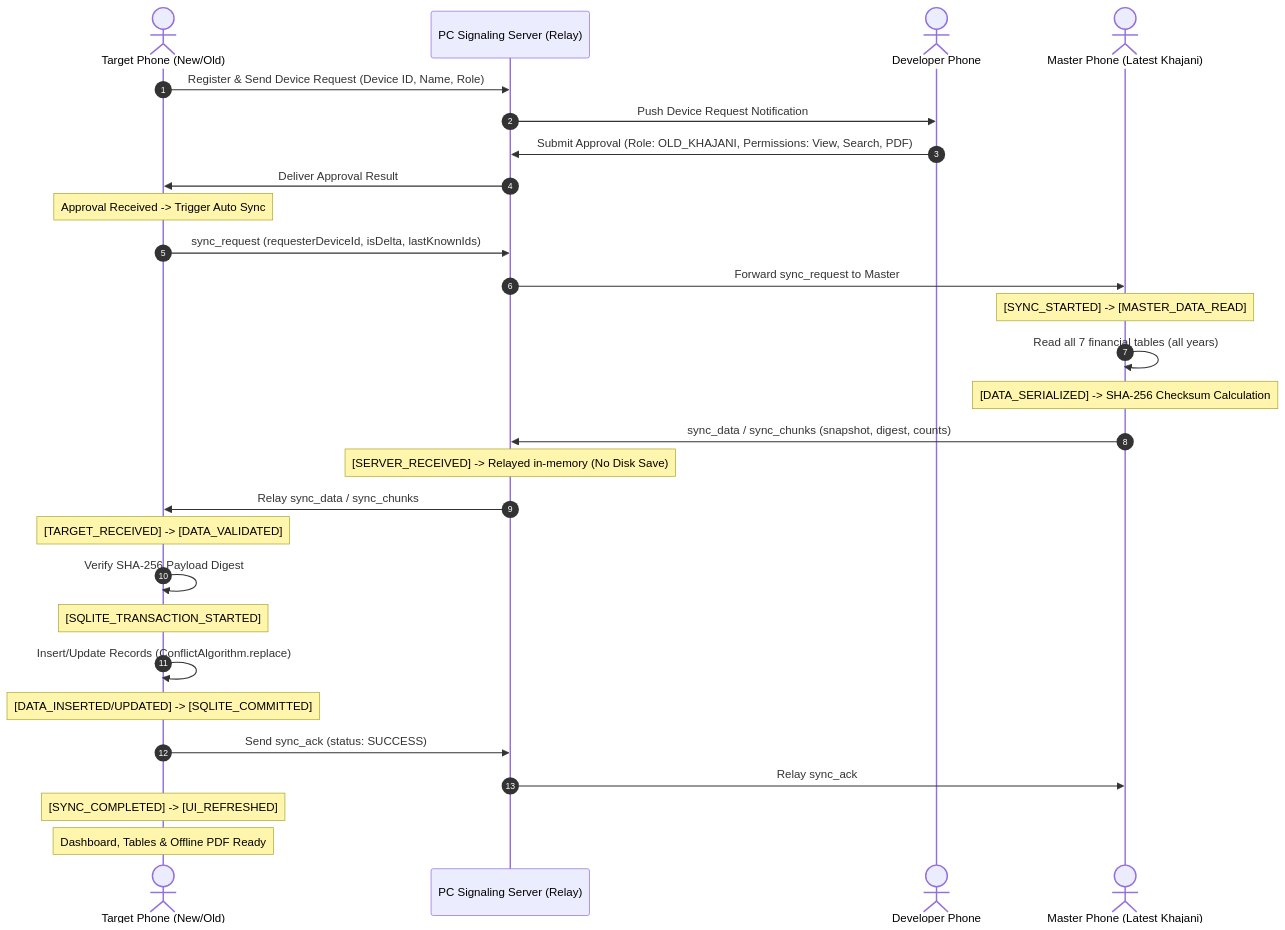
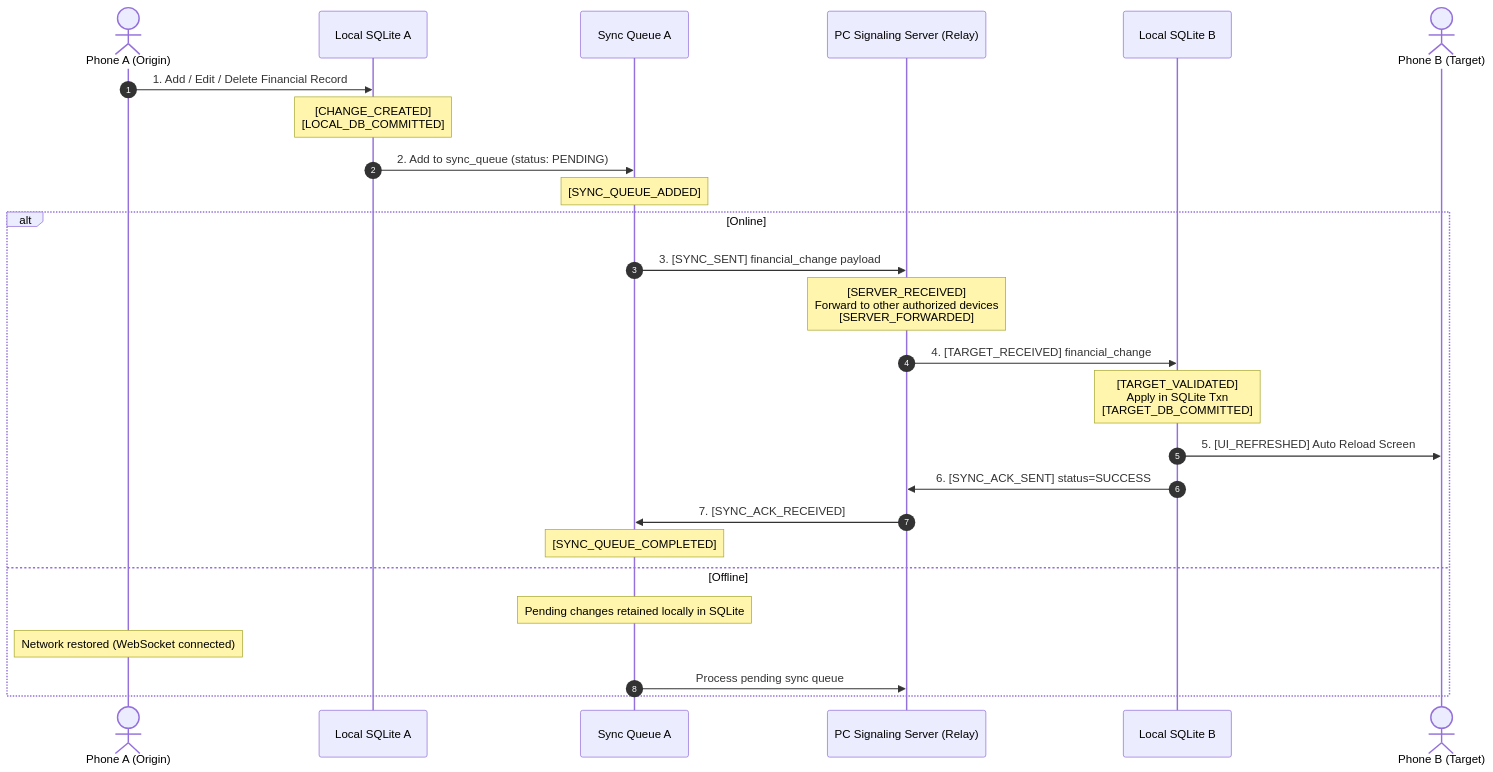
One commit to Sp-4030/Mandal-Management-App changed the third of 4 diagrams in README.md. Above: the diagram before and after it, drawn with Mermaid. The commit also changed other lines of this file and 12 other files, not shown here.

Commit message:
Implement two-way real-time and offline-first financial data synchronization across all authorized devices

````diff
--- a/README.md
+++ b/README.md
@@ -146,36 +127,30 @@
 ```mermaid
 sequenceDiagram
     autonumber
-    actor Target as Target Phone (New/Old)
+    actor UserA as Phone A (Origin)
+    participant DbA as Local SQLite A
+    participant QueueA as Sync Queue A
     participant Relay as PC Signaling Server (Relay)
-    actor Dev as Developer Phone
-    actor Master as Master Phone (Latest Khajani)
+    participant DbB as Local SQLite B
+    actor UserB as Phone B (Target)
 
-    %% Step 1: Device Approval
-    Target->>Relay: Register & Send Device Request (Device ID, Name, Role)
-    Relay->>Dev: Push Device Request Notification
-    Dev->>Relay: Submit Approval (Role: OLD_KHAJANI, Permissions: View, Search, PDF)
-    Relay->>Target: Deliver Approval Result
+    UserA->>DbA: 1. Add / Edit / Delete Financial Record
+    Note over DbA: [CHANGE_CREATED]<br/>[LOCAL_DB_COMMITTED]
+    DbA->>QueueA: 2. Add to sync_queue (status: PENDING)
+    Note over QueueA: [SYNC_QUEUE_ADDED]
 
-    %% Step 2: Financial Sync
-    Note over Target: Approval Received -> Trigger Auto Sync
-    Target->>Relay: sync_request (requesterDeviceId, isDelta, lastKnownIds)
-    Relay->>Master: Forward sync_request to Master
-
-    Note over Master: [SYNC_STARTED] -> [MASTER_DATA_READ]
-    Master->>Master: Read all 7 financial tables (all years)
-    Note over Master: [DATA_SERIALIZED] -> SHA-256 Checksum Calculation
-    Master->>Relay: sync_data / sync_chunks (snapshot, digest, counts)
-    Note over Relay: [SERVER_RECEIVED] -> Relayed in-memory (No Disk Save)
-    Relay->>Target: Relay sync_data / sync_chunks
-
-    Note over Target: [TARGET_RECEIVED] -> [DATA_VALIDATED]
-    Target->>Target: Verify SHA-256 Payload Digest
-    Note over Target: [SQLITE_TRANSACTION_STARTED]
-    Target->>Target: Insert/Update Records (ConflictAlgorithm.replace)
-    Note over Target: [DATA_INSERTED/UPDATED] -> [SQLITE_COMMITTED]
-    Target->>Relay: Send sync_ack (status: SUCCESS)
-    Relay->>Master: Relay sync_ack
-    Note over Target: [SYNC_COMPLETED] -> [UI_REFRESHED]
-    Note over Target: Dashboard, Tables & Offline PDF Ready
+    alt Online
+        QueueA->>Relay: 3. [SYNC_SENT] financial_change payload
+        Note over Relay: [SERVER_RECEIVED]<br/>Forward to other authorized devices<br/>[SERVER_FORWARDED]
+        Relay->>DbB: 4. [TARGET_RECEIVED] financial_change
+        Note over DbB: [TARGET_VALIDATED]<br/>Apply in SQLite Txn<br/>[TARGET_DB_COMMITTED]
+        DbB->>UserB: 5. [UI_REFRESHED] Auto Reload Screen
+        DbB->>Relay: 6. [SYNC_ACK_SENT] status=SUCCESS
+        Relay->>QueueA: 7. [SYNC_ACK_RECEIVED]
+        Note over QueueA: [SYNC_QUEUE_COMPLETED]
+    else Offline
+        Note over QueueA: Pending changes retained locally in SQLite
+        Note over UserA: Network restored (WebSocket connected)
+        QueueA->>Relay: Process pending sync queue
+    end
 ```
````
